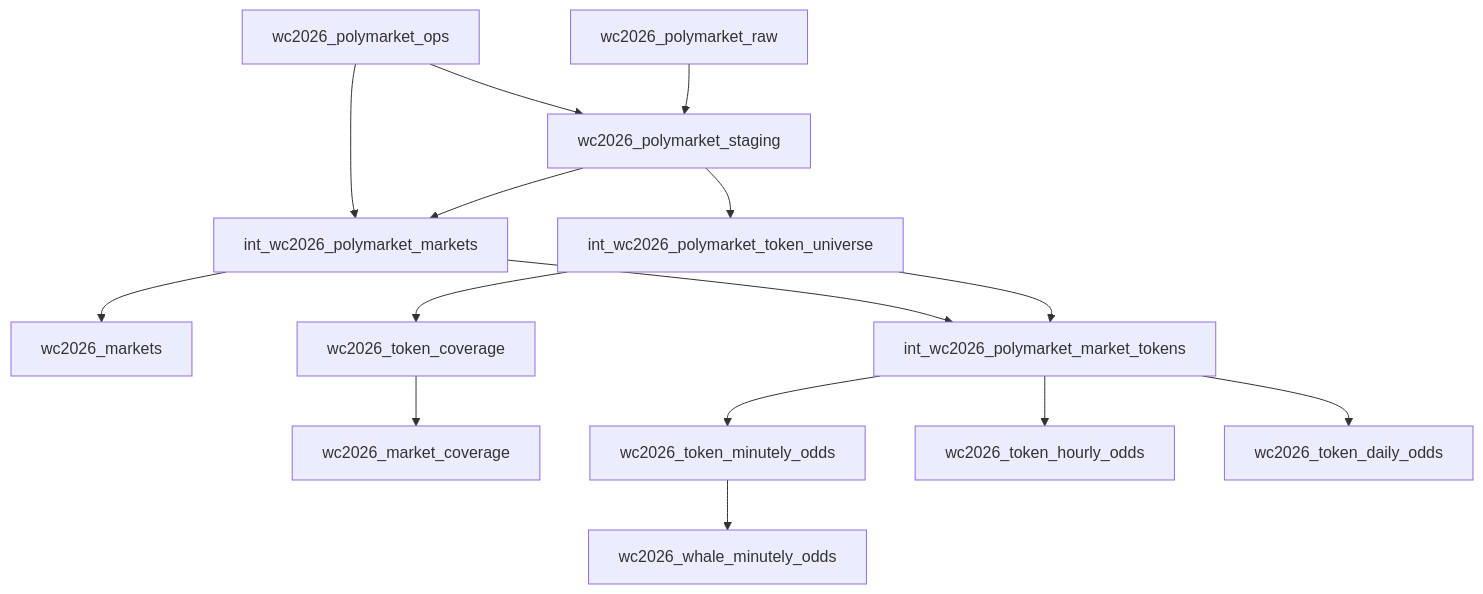
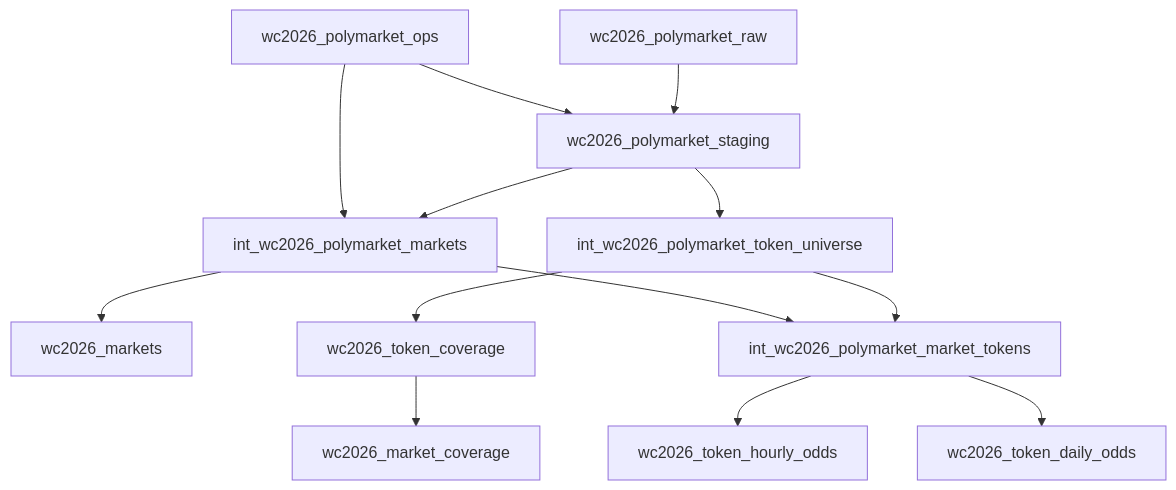
Before and after one commit to hypertrial/oddsfox-pipeline: the second of 2 diagrams in docs/architecture.md, drawn with Mermaid. The commit also changed other lines of this file and 37 other files, not shown here.

Commit message:
Remove minutely odds pipeline paths

````diff
--- a/docs/architecture.md
+++ b/docs/architecture.md
@@ -43,17 +43,15 @@
 ```mermaid
 flowchart TD
     raw["wc2026_polymarket_raw"] --> staging["wc2026_polymarket_staging"]
     ops["wc2026_polymarket_ops"] --> staging
     staging --> token_universe["int_wc2026_polymarket_token_universe"]
     staging --> wc2026_markets_int["int_wc2026_polymarket_markets"]
     ops --> wc2026_markets_int
     wc2026_markets_int --> wc2026_markets["wc2026_markets"]
     token_universe --> wc2026_tokens["int_wc2026_polymarket_market_tokens"]
     wc2026_markets_int --> wc2026_tokens
     token_universe --> coverage["wc2026_token_coverage"]
     coverage --> wc2026_market_coverage["wc2026_market_coverage"]
-    wc2026_tokens --> minutely["wc2026_token_minutely_odds"]
     wc2026_tokens --> hourly["wc2026_token_hourly_odds"]
     wc2026_tokens --> daily["wc2026_token_daily_odds"]
-    minutely --> whale["wc2026_whale_minutely_odds"]
 ```
````
